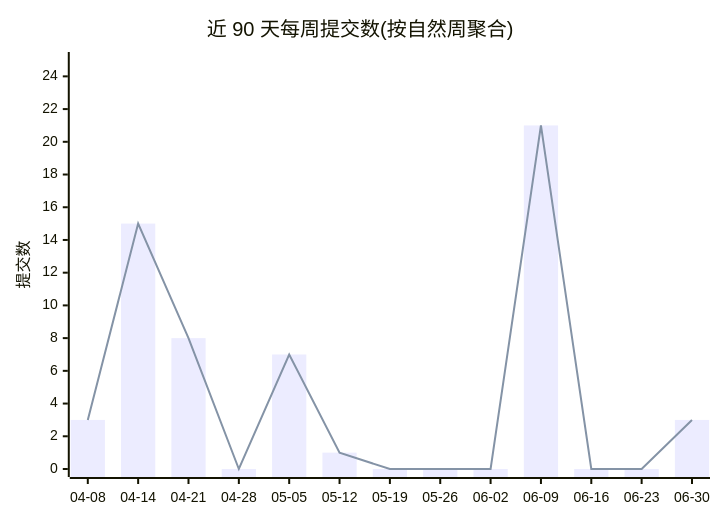
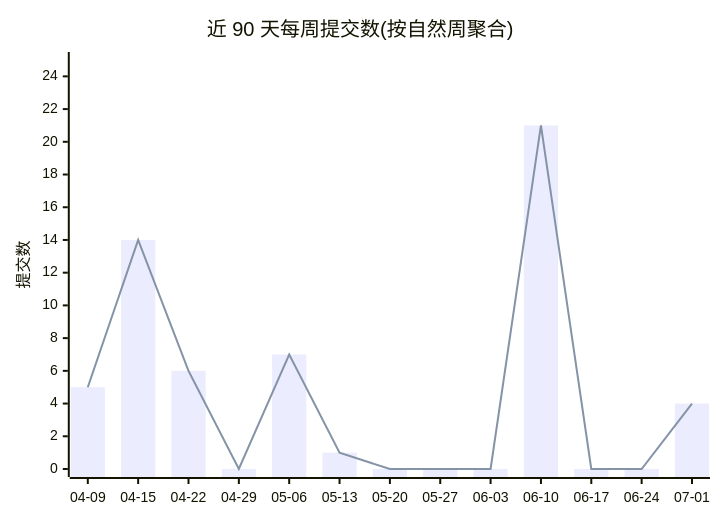
One commit to Conflux-Union/.github changed the first of 2 diagrams in profile/README.md. Above: the diagram before and after it, drawn with Mermaid. The commit also changed other lines of this file and 1 other file, not shown here.

````diff
--- a/profile/README.md
+++ b/profile/README.md
@@ -44,8 +44,8 @@
 ```mermaid
 xychart-beta
     title "近 90 天每周提交数(按自然周聚合)"
-    x-axis ["04-08", "04-14", "04-21", "04-28", "05-05", "05-12", "05-19", "05-26", "06-02", "06-09", "06-16", "06-23", "06-30"]
+    x-axis ["04-09", "04-15", "04-22", "04-29", "05-06", "05-13", "05-20", "05-27", "06-03", "06-10", "06-17", "06-24", "07-01"]
     y-axis "提交数" 0 --> 25
-    bar [3, 15, 8, 0, 7, 1, 0, 0, 0, 21, 0, 0, 3]
-    line [3, 15, 8, 0, 7, 1, 0, 0, 0, 21, 0, 0, 3]
+    bar [5, 14, 6, 0, 7, 1, 0, 0, 0, 21, 0, 0, 4]
+    line [5, 14, 6, 0, 7, 1, 0, 0, 0, 21, 0, 0, 4]
 ```
````
